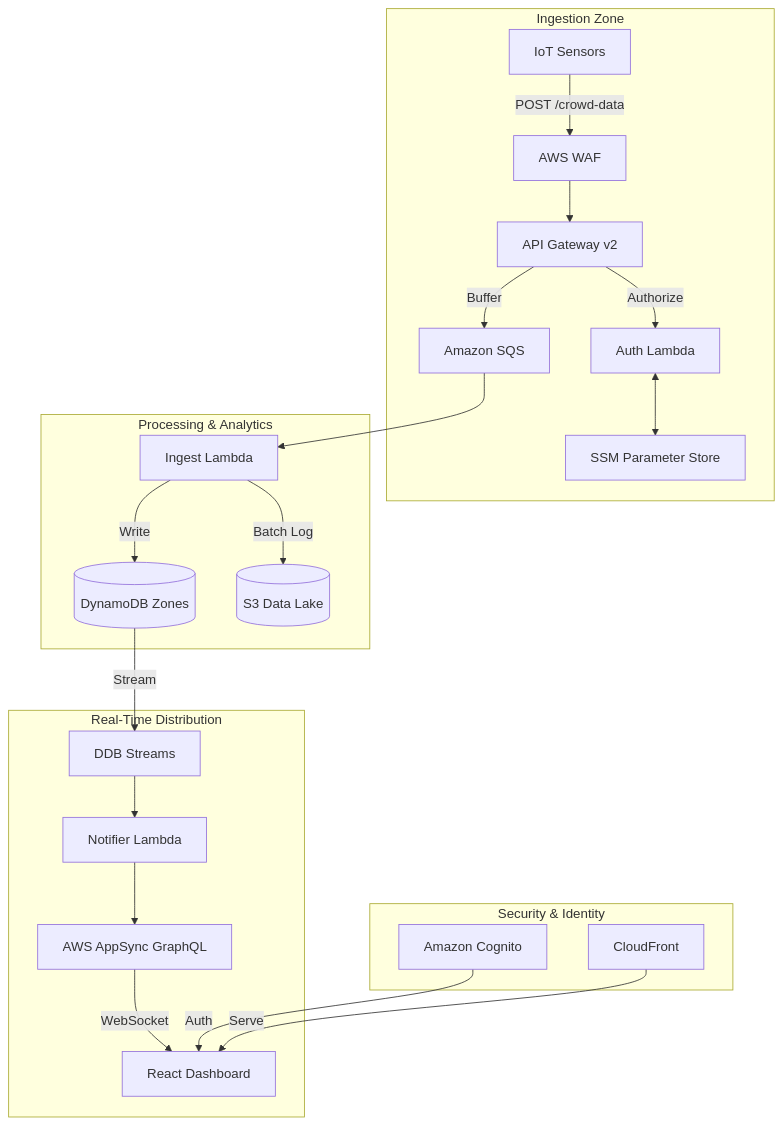
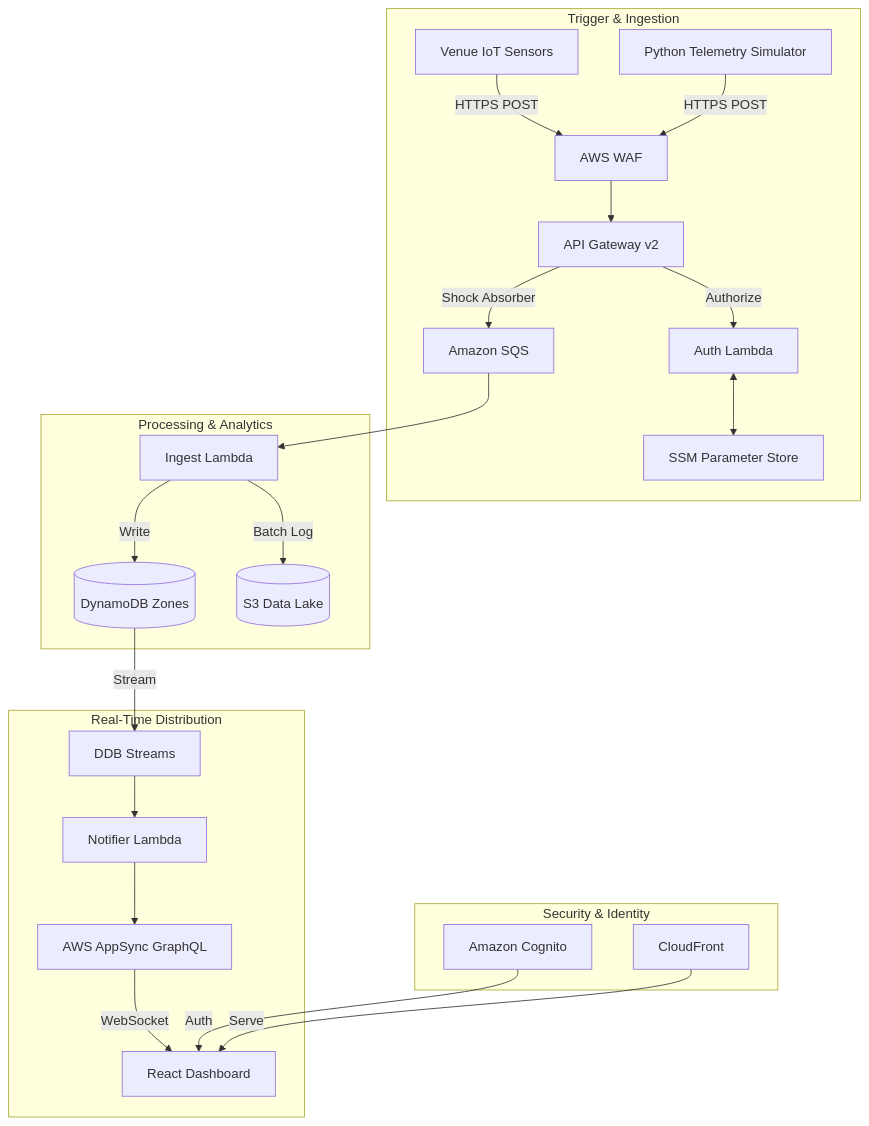
The diagram in README.md (sakaroncloud/Crowd-Management), drawn with Mermaid before and after one commit. The commit also changed other lines of this file and 11 other files, not shown here.

````diff
--- a/README.md
+++ b/README.md
@@ -16,28 +16,29 @@
 ```mermaid
 graph TD
-    subgraph "Ingestion Zone"
-        Sensor[IoT Sensors] -->|POST /crowd-data| WAF[AWS WAF]
+    subgraph "Trigger & Ingestion"
+        Sensor[Venue IoT Sensors] -->|HTTPS POST| WAF[AWS WAF]
+        Simulator[Python Telemetry Simulator] -->|HTTPS POST| WAF
         WAF --> APIGW[API Gateway v2]
         APIGW -->|Authorize| AuthL[Auth Lambda]
         AuthL <--> SSM[SSM Parameter Store]
-        APIGW -->|Buffer| SQS[Amazon SQS]
+        APIGW -->|Shock Absorber| SQS[Amazon SQS]
     end
 
     subgraph "Processing & Analytics"
         SQS --> IngestL[Ingest Lambda]
         IngestL -->|Write| DDB[(DynamoDB Zones)]
         IngestL -->|Batch Log| S3[(S3 Data Lake)]
     end
 
     subgraph "Real-Time Distribution"
         DDB -->|Stream| Stream[DDB Streams]
         Stream --> NotifierL[Notifier Lambda]
         NotifierL --> AppSync[AWS AppSync GraphQL]
         AppSync -->|WebSocket| UI[React Dashboard]
     end
 
     subgraph "Security & Identity"
         Cognito[Amazon Cognito] -->|Auth| UI
         CloudFront[CloudFront] -->|Serve| UI
     end
 ```
````
